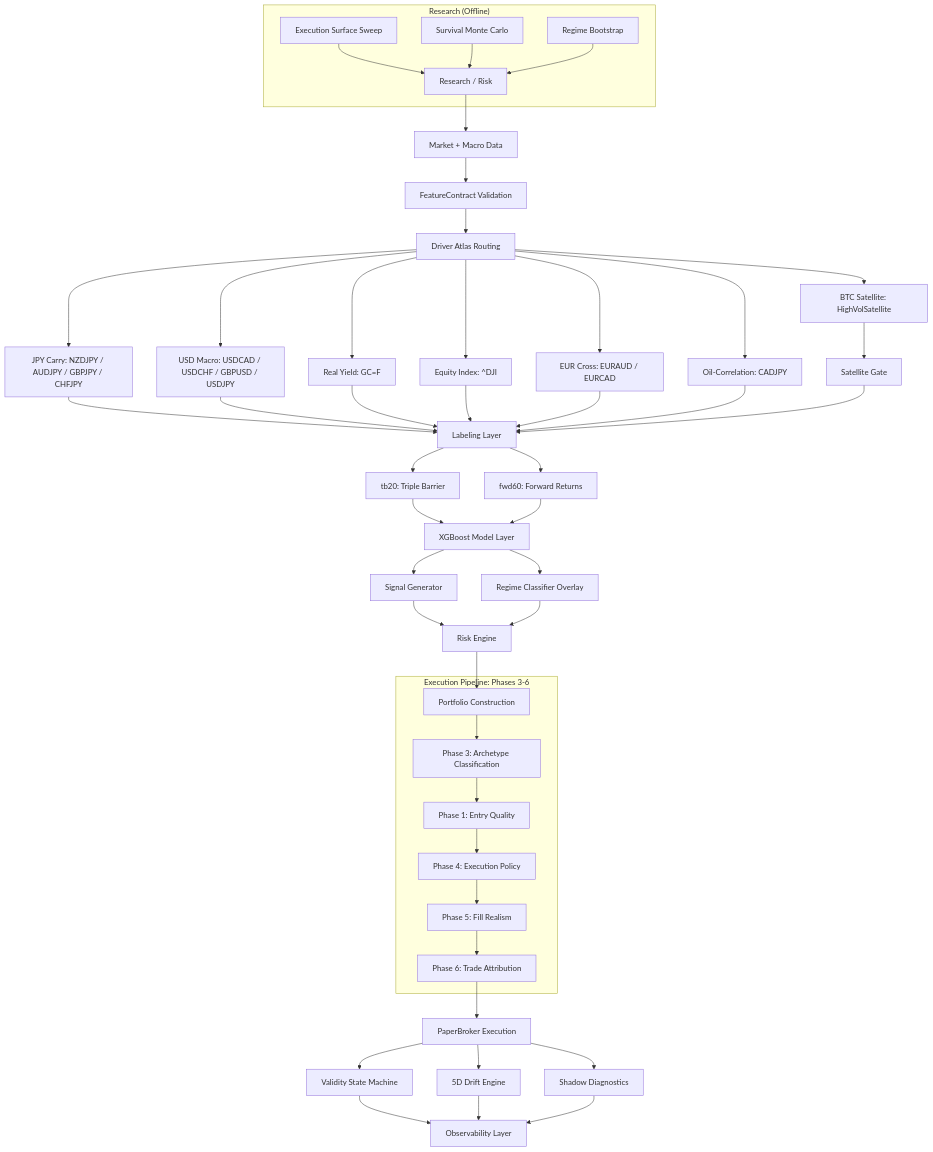
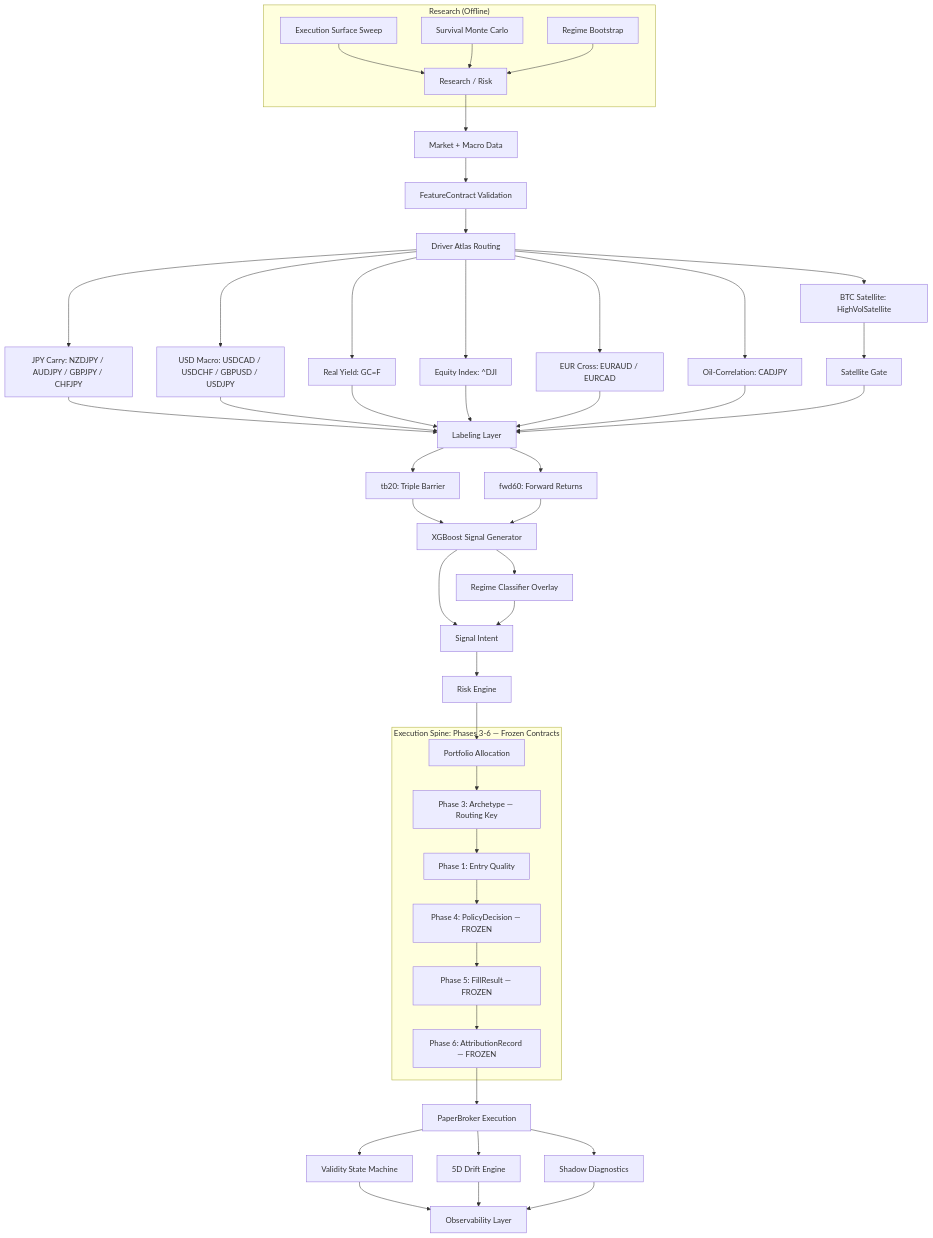
One commit to manuelhorvey/EigenCapital changed the first of 2 diagrams in README.md. Above: the diagram before and after it, drawn with Mermaid. The commit also changed other lines of this file, not shown here.

First line of the commit message:
docs: align README with Phases 0-6 system reality

````diff
--- a/README.md
+++ b/README.md
@@ -44,47 +45,47 @@
 ```mermaid
 graph TD
 A[Market + Macro Data] --> B[FeatureContract Validation]
 B --> C[Driver Atlas Routing]
 C --> D1[JPY Carry: NZDJPY / AUDJPY / GBPJPY / CHFJPY]
 C --> D2[USD Macro: USDCAD / USDCHF / GBPUSD / USDJPY]
 C --> D3[Real Yield: GC=F]
 C --> D4[Equity Index: ^DJI]
 C --> D5[EUR Cross: EURAUD / EURCAD]
 C --> D6[Oil-Correlation: CADJPY]
 C --> D7[BTC Satellite: HighVolSatellite]
 
 D1 & D2 & D3 & D4 & D5 & D6 --> E[Labeling Layer]
 D7 --> S[Satellite Gate]
 S --> E
 
 E --> F1[tb20: Triple Barrier]
 E --> F2[fwd60: Forward Returns]
-F1 & F2 --> G[XGBoost Model Layer]
+F1 & F2 --> G[XGBoost Signal Generator]
 G --> H[Regime Classifier Overlay]
-G --> I[Signal Generator]
+G --> I[Signal Intent]
+H --> I
 I --> J[Risk Engine]
-H --> J
-J --> K[Portfolio Construction]
+J --> K[Portfolio Allocation]
 
-subgraph Execution_Pipeline [Execution Pipeline: Phases 3-6]
-    K --> P3[Phase 3: Archetype Classification]
+subgraph Execution_Spine [Execution Spine: Phases 3-6 — Frozen Contracts]
+    K --> P3[Phase 3: Archetype — Routing Key]
     P3 --> P1[Phase 1: Entry Quality]
-    P1 --> P4[Phase 4: Execution Policy]
-    P4 --> P5[Phase 5: Fill Realism]
-    P5 --> P6[Phase 6: Trade Attribution]
+    P1 --> P4[Phase 4: PolicyDecision — FROZEN]
+    P4 --> P5[Phase 5: FillResult — FROZEN]
+    P5 --> P6[Phase 6: AttributionRecord — FROZEN]
 end
 
 P6 --> L[PaperBroker Execution]
 L --> M[Validity State Machine]
 L --> N[5D Drift Engine]
 L --> O[Shadow Diagnostics]
 M & N & O --> P[Observability Layer]
 
 subgraph "Research (Offline)"
     R1[Execution Surface Sweep]
     R2[Survival Monte Carlo]
     R3[Regime Bootstrap]
     R1 & R2 & R3 --> R[Research / Risk]
 end
 R --> A
 ```
````
